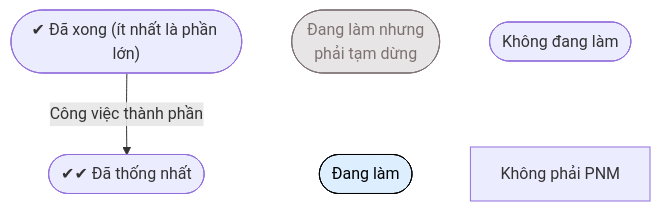
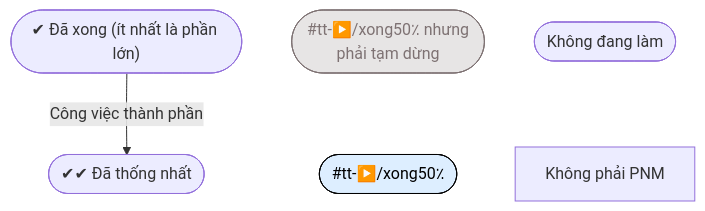
The diagram in Ξ Meta 0/Kế hoạch tổng thể supplement.md (QuaCau-TheSphere/LandofSpheres), drawn with Mermaid before and after one commit. The commit also changed other lines of this file and 1944 other files, not shown here.

````diff
--- a/Ξ Meta 0/Kế hoạch tổng thể supplement.md
+++ b/Ξ Meta 0/Kế hoạch tổng thể supplement.md
@@ -195,16 +195,16 @@
 ```mermaid
 graph TD
 1(["✔ Đã xong (ít nhất là phần lớn)"]) 
 2(["✔✔ Đã thống nhất"]) 
-a([Đang làm nhưng<br>phải tạm dừng])
-b([Đang làm])
+a([#tt-▶️/xong50٪ nhưng<br>phải tạm dừng])
+b([#tt-▶️/xong50٪])
 c([Không đang làm])
 d[Không phải PNM]
 
 1--Công việc thành phần-->2
 a---b
 c---d
 style a fill:#d3cfcf88,color:#7e7273,stroke:#7e7273,stroke-width:1px
 style b fill:#DDEEFF,color:#000,stroke:#000,stroke-width:1px
 linkStyle 1,2 stroke:none
 ```
````
